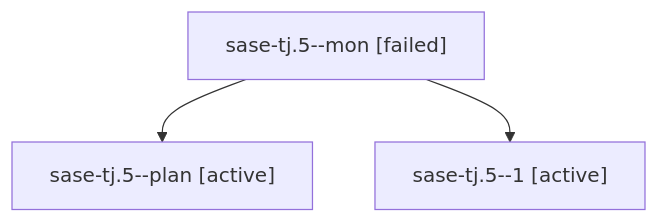
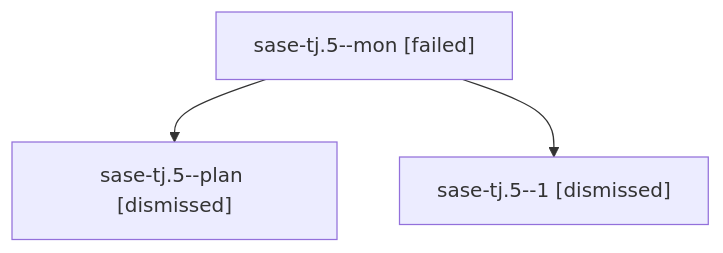
Before and after one commit to sase-org/sase--agents: the diagram in sessions/bbugyi200.athena.sase-tj.5.md, drawn with Mermaid. The commit also changed other lines of this file and 148 other files, not shown here.

````diff
--- a/sessions/bbugyi200.athena.sase-tj.5.md
+++ b/sessions/bbugyi200.athena.sase-tj.5.md
@@ -9,8 +9,8 @@
 ```mermaid
 flowchart TD
   n0["sase-tj.5--mon [failed]"]
-  n1["sase-tj.5--plan [active]"]
+  n1["sase-tj.5--plan [dismissed]"]
   n0 --> n1
-  n2["sase-tj.5--1 [active]"]
+  n2["sase-tj.5--1 [dismissed]"]
   n0 --> n2
 ```
````
